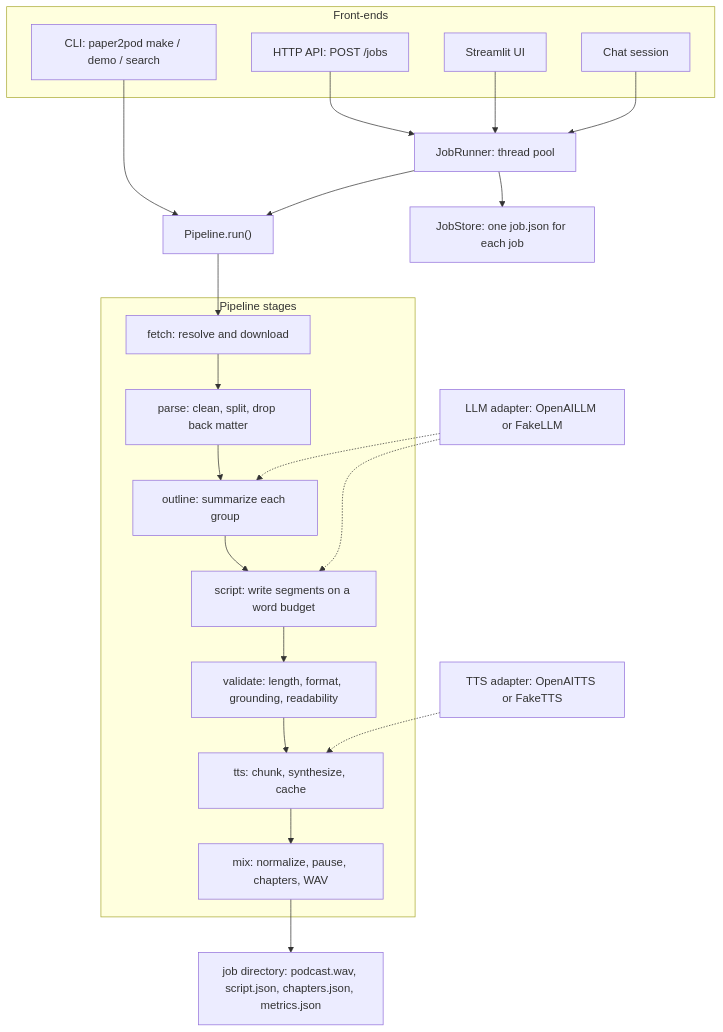
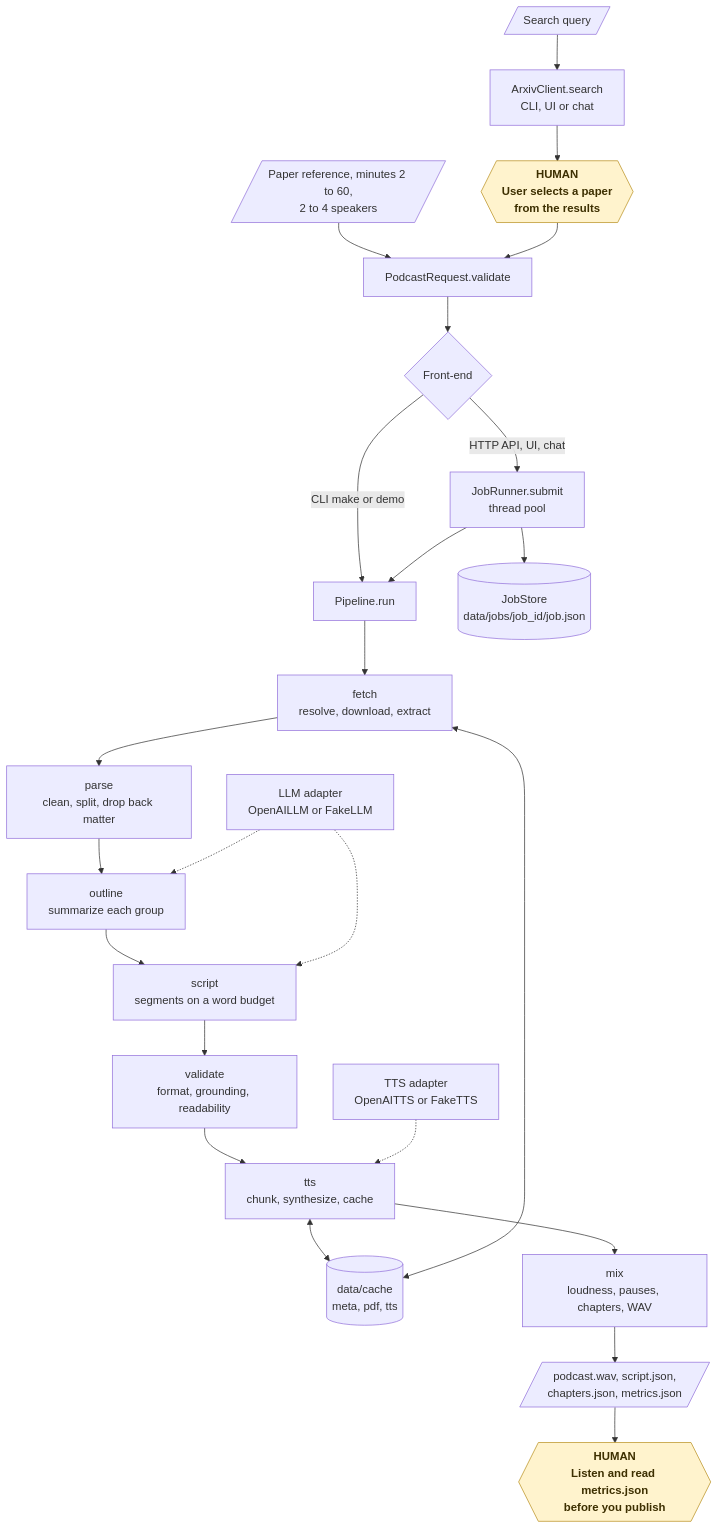
The fifth of 20 diagrams in README.md (KrishnaAnnavaram/paper2pod), drawn with Mermaid before and after one commit. The commit also changed other lines of this file, not shown here.

Commit message:
Add the workflow diagrams to the README

````diff
--- a/README.md
+++ b/README.md
@@ -249,28 +305,29 @@
 ```mermaid
-flowchart TB
-    subgraph FE["Front-ends"]
-        CLI["CLI: paper2pod make / demo / search"]
-        API["HTTP API: POST /jobs"]
-        UI["Streamlit UI"]
-        CHAT["Chat session"]
-    end
-    CLI --> PIPE
-    API --> RUN["JobRunner: thread pool"]
-    UI --> RUN
-    CHAT --> RUN
-    RUN --> PIPE["Pipeline.run()"]
-    RUN --> STORE["JobStore: one job.json for each job"]
-    subgraph PIPE_STAGES["Pipeline stages"]
-        F["fetch: resolve and download"] --> P["parse: clean, split, drop back matter"]
-        P --> O["outline: summarize each group"]
-        O --> S["script: write segments on a word budget"]
-        S --> V["validate: length, format, grounding, readability"]
-        V --> T["tts: chunk, synthesize, cache"]
-        T --> M["mix: normalize, pause, chapters, WAV"]
-    end
-    PIPE --> F
-    M --> FILES["job directory: podcast.wav, script.json, chapters.json, metrics.json"]
-    LLMA["LLM adapter: OpenAILLM or FakeLLM"] -.-> O
+flowchart TD
+    Q[/"Search query"/] --> SR["ArxivClient.search<br/>CLI, UI or chat"]
+    SR --> SEL{{"HUMAN<br/>User selects a paper<br/>from the results"}}
+    REF[/"Paper reference, minutes 2 to 60,<br/>2 to 4 speakers"/] --> REQ["PodcastRequest.validate"]
+    SEL --> REQ
+    REQ --> FE{"Front-end"}
+    FE -- "CLI make or demo" --> PIPE
+    FE -- "HTTP API, UI, chat" --> RUN["JobRunner.submit<br/>thread pool"]
+    RUN --> STORE[("JobStore<br/>data/jobs/job_id/job.json")]
+    RUN --> PIPE["Pipeline.run"]
+    PIPE --> F["fetch<br/>resolve, download, extract"]
+    CACHE[("data/cache<br/>meta, pdf, tts")] <--> F
+    F --> P["parse<br/>clean, split, drop back matter"]
+    P --> O["outline<br/>summarize each group"]
+    O --> S["script<br/>segments on a word budget"]
+    S --> V["validate<br/>format, grounding, readability"]
+    V --> T["tts<br/>chunk, synthesize, cache"]
+    T <--> CACHE
+    T --> M["mix<br/>loudness, pauses, chapters, WAV"]
+    LLMA["LLM adapter<br/>OpenAILLM or FakeLLM"] -.-> O
     LLMA -.-> S
-    TTSA["TTS adapter: OpenAITTS or FakeTTS"] -.-> T
+    TTSA["TTS adapter<br/>OpenAITTS or FakeTTS"] -.-> T
+    M --> OUT[/"podcast.wav, script.json,<br/>chapters.json, metrics.json"/]
+    OUT --> REV{{"HUMAN<br/>Listen and read metrics.json<br/>before you publish"}}
+
+    classDef human fill:#fff3cd,stroke:#b8901f,color:#3d2f00,font-weight:bold
+    class SEL,REV human
 ```
````
